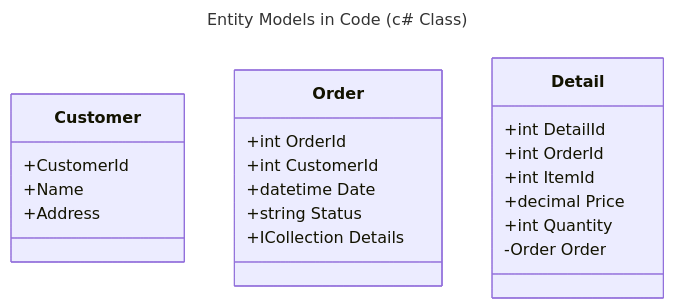
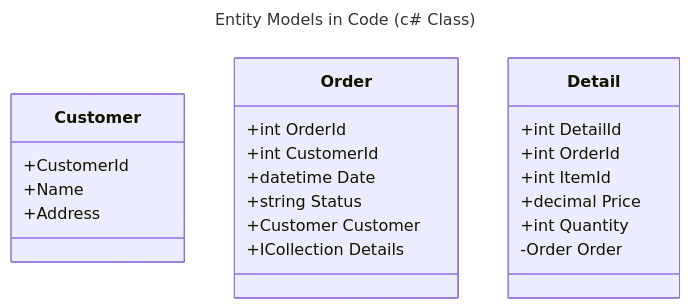
One commit to pauljeanquart/mermaid changed the second of 7 diagrams in dapper.md. Above: the diagram before and after it, drawn with Mermaid. The commit also changed other lines of this file, not shown here.

````diff
--- a/dapper.md
+++ b/dapper.md
@@ -31,26 +31,27 @@
 ```mermaid
 ---
 title: Entity Models in Code (c# Class)
 ---
 classDiagram
     class Customer{
         +CustomerId
         +Name
         +Address
     }
     class Order{
         +int OrderId
         +int CustomerId
         +datetime Date
         +string Status
+        +Customer Customer
         +ICollection<Detail> Details
     }
     class Detail{
         +int DetailId
         +int OrderId
         +int ItemId
         +decimal Price
         +int Quantity
         -Order Order
     }
 ```
````
